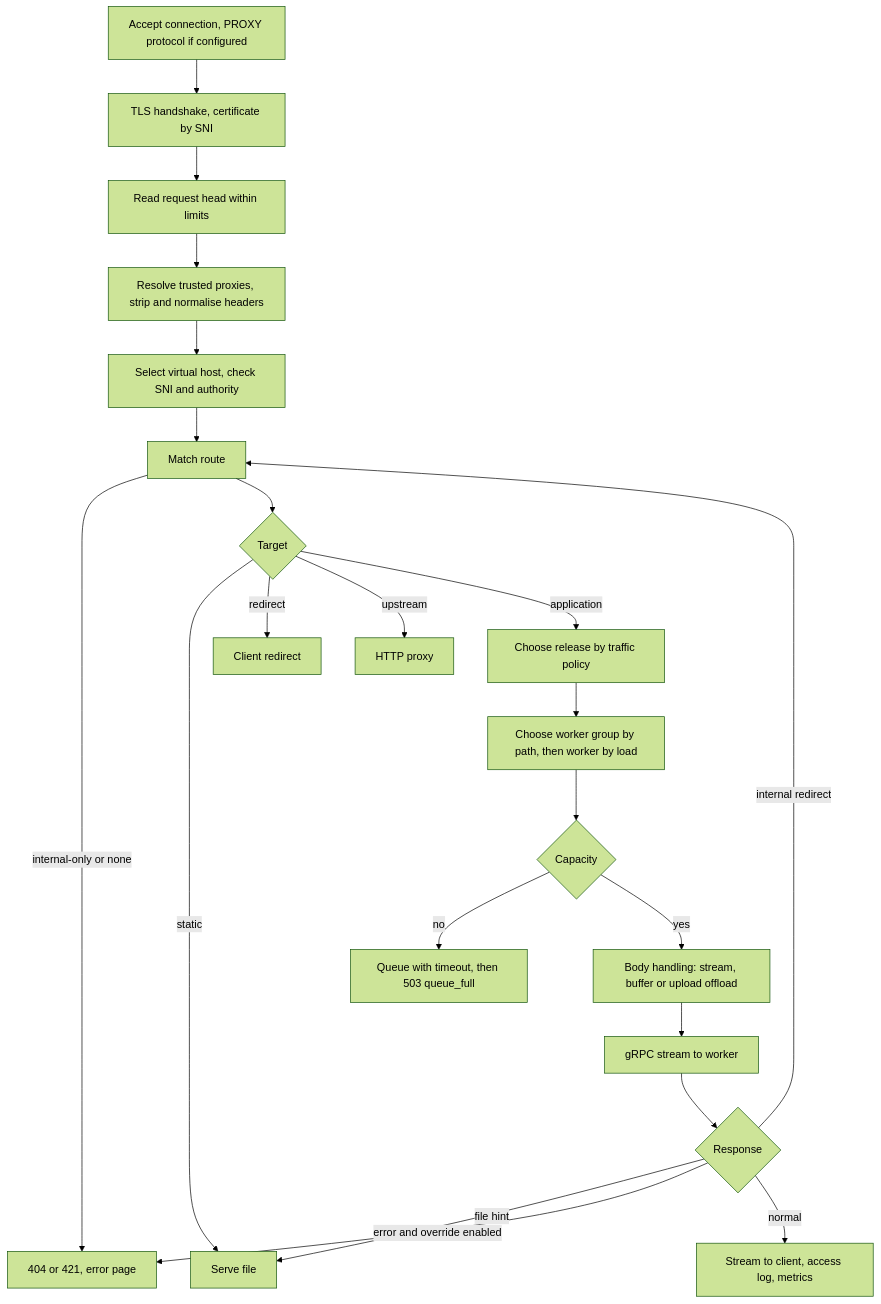
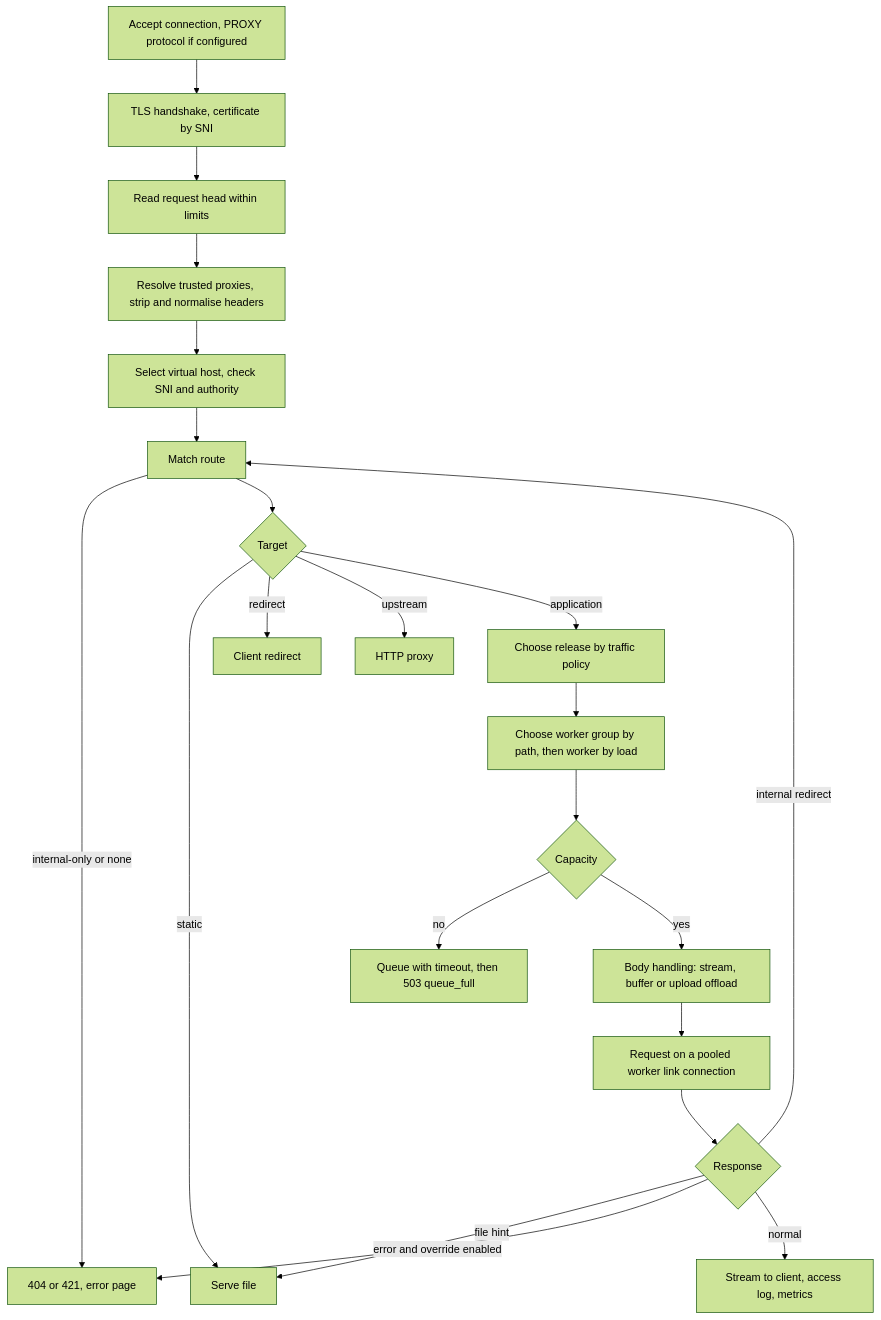
The first of 3 diagrams in docs/project/design/04-edge.md (GrahamDumpleton/muru), drawn with Mermaid (forest theme) before and after one commit. The commit also changed other lines of this file and 59 other files, not shown here.

First line of the commit message:
Phase 0 spike: the framed worker link, WSGI bridge and benchmark harness (#28)

````diff
--- a/docs/project/design/04-edge.md
+++ b/docs/project/design/04-edge.md
@@ -16,24 +16,24 @@
 ```mermaid
 flowchart TD
   A[Accept connection, PROXY protocol if configured] --> B[TLS handshake, certificate by SNI]
   B --> C[Read request head within limits]
   C --> D[Resolve trusted proxies, strip and normalise headers]
   D --> E[Select virtual host, check SNI and authority]
   E --> F[Match route]
   F -->|internal-only or none| X[404 or 421, error page]
   F --> G{Target}
   G -->|static| S[Serve file]
   G -->|redirect| R[Client redirect]
   G -->|upstream| U[HTTP proxy]
   G -->|application| H[Choose release by traffic policy]
   H --> I[Choose worker group by path, then worker by load]
   I --> J{Capacity}
   J -->|no| Q[Queue with timeout, then 503 queue_full]
   J -->|yes| K[Body handling: stream, buffer or upload offload]
-  K --> L[gRPC stream to worker]
+  K --> L[Request on a pooled worker link connection]
   L --> M{Response}
   M -->|internal redirect| F
   M -->|file hint| S
   M -->|error and override enabled| X
   M -->|normal| N[Stream to client, access log, metrics]
 ```
````
